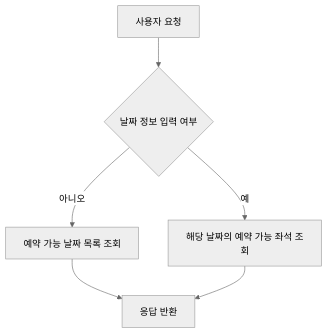
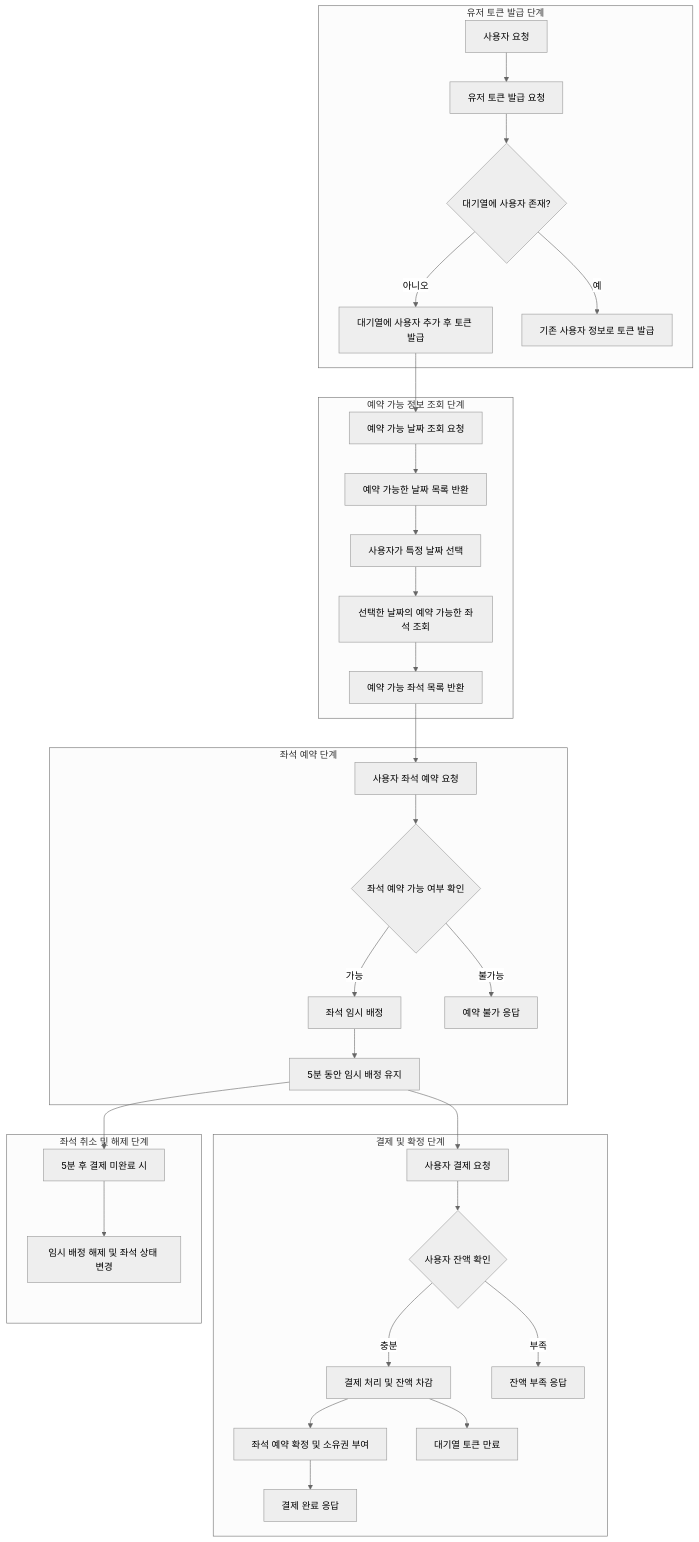
The first of 3 diagrams in README.md (YouSangSon/hhplus-rest), drawn with Mermaid (neutral theme) before and after one commit. The commit also changed other lines of this file and 9 other files, not shown here.

Commit message:
* ERD 설계 자료 제출, API 명세 및 Mock API 작성

````diff
--- a/README.md
+++ b/README.md
@@ -128,8 +82,41 @@
 ```mermaid
 flowchart TD
-    A[사용자 요청] --> B{날짜 정보 입력 여부}
-    B -- 아니오 --> C[예약 가능 날짜 목록 조회]
-    C --> D[응답 반환]
-    B -- 예 --> E[해당 날짜의 예약 가능 좌석 조회]
-    E --> D[응답 반환]
+
+    subgraph 유저 토큰 발급 단계
+        A[사용자 요청] --> B[유저 토큰 발급 요청]
+        B --> C{대기열에 사용자 존재?}
+        C -- 아니오 --> D[대기열에 사용자 추가 후 토큰 발급]
+        C -- 예 --> E[기존 사용자 정보로 토큰 발급]
+    end
+
+    subgraph 예약 가능 정보 조회 단계
+        D --> F[예약 가능 날짜 조회 요청]
+        F --> G[예약 가능한 날짜 목록 반환]
+        G --> H[사용자가 특정 날짜 선택]
+        H --> I[선택한 날짜의 예약 가능한 좌석 조회]
+        I --> J[예약 가능 좌석 목록 반환]
+    end
+
+    subgraph 좌석 예약 단계
+        J --> K[사용자 좌석 예약 요청]
+        K --> L{좌석 예약 가능 여부 확인}
+        L -- 가능 --> M[좌석 임시 배정]
+        M --> N[5분 동안 임시 배정 유지]
+        L -- 불가능 --> O[예약 불가 응답]
+    end
+
+    subgraph 결제 및 확정 단계
+        N --> P[사용자 결제 요청]
+        P --> Q{사용자 잔액 확인}
+        Q -- 충분 --> R[결제 처리 및 잔액 차감]
+        R --> S[좌석 예약 확정 및 소유권 부여]
+        R --> T[대기열 토큰 만료]
+        S --> U[결제 완료 응답]
+        Q -- 부족 --> V[잔액 부족 응답]
+    end
+
+    subgraph 좌석 취소 및 해제 단계
+        N --> W[5분 후 결제 미완료 시]
+        W --> X[임시 배정 해제 및 좌석 상태 변경]
+    end
 ```
````
